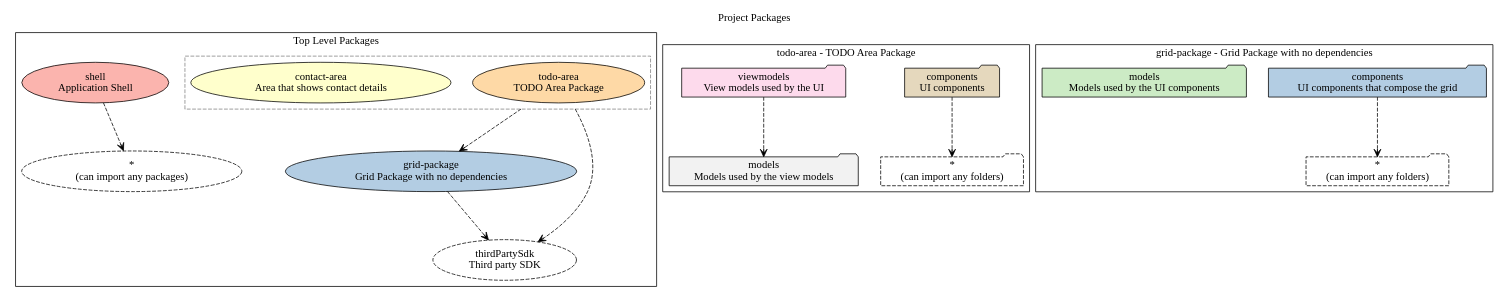
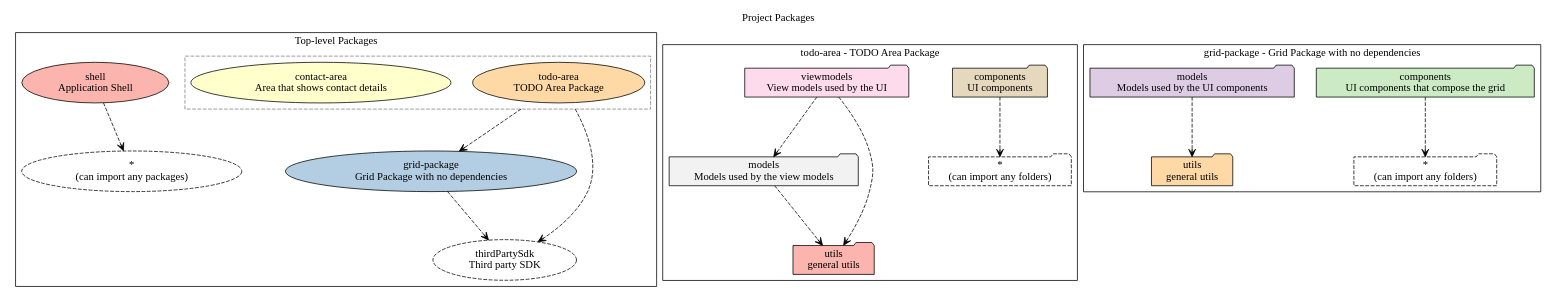
The diagram in testHarness/simple-typescript-project/test-data/known-good-output/generate_diagram_optimized/output.dot (mrseanryan/tslint-folders-diagrams), drawn with Graphviz before and after one commit. The commit also changed 7 other files, not shown here.

```diff
--- a/testHarness/simple-typescript-project/test-data/known-good-output/generate_diagram_optimized/output.dot
+++ b/testHarness/simple-typescript-project/test-data/known-good-output/generate_diagram_optimized/output.dot
@@ -1,158 +1,173 @@
 /* Header ================================= */
-/* auto-generated by tslint-folders-diagrams docs tool at January 12, 2020, 12:16 PM*/
+/* auto-generated by tslint-folders-diagrams docs tool at January 9, 2022, 1:40 PM*/
 digraph packages {
   /* Graph settings ================================= */
   graph [
     // needed to allow edge to have *cluster* as a destination:
     compound=true
     label = "Project Packages"
     labelloc = t
     
     //dpi = 200
     ranksep=0.65
     nodesep=0.40
     rankdir=TB
     
     style="filled"
     
     len=0
   ]
   
   /* Styling ================================= */
   graph [
     bgcolor="#FFFFFF"
     fillcolor="#FFFFFF"
   ]
   node [
     labeljust="l"
     colorscheme="pastel19"
     style=filled
     fillcolor=3
     shape=record
   ]
   
   edge [arrowhead="vee", arrowtail="vee", style=dashed, color="black"]
   
   /* Nodes and Clusters ================================= */
   subgraph cluster_C1 {
     labelloc = t
     
     node [shape="oval"]
-    label = "Top Level Packages"
+    label = "Top-level Packages"
     {
     P1 [label="shell
 Application Shell" fillcolor=1]
     }
     
     
     {
     P2 [label="grid-package
 Grid Package with no dependencies" fillcolor=2]
     }
     
     
     {
     node [style=dashed]
     P3 [label="thirdPartySdk
 Third party SDK" fillcolor=3]
     }
     
     
     {
     node [style=dashed]
     P4 [label="*
 (can import any packages)" fillcolor=4]
     }
     
     
     subgraph cluster_C2 {
       labelloc = t
       
       color = gray
       style=dashed
       label = ""
       {
       P5 [label="todo-area
 TODO Area Package" fillcolor=5]
       }
       
       
       {
       P6 [label="contact-area
 Area that shows contact details" fillcolor=6]
       }
       
       
     }
     
   }
   
   subgraph cluster_C3 {
     labelloc = t
     
     node [shape="folder"]
     label = "todo-area - TODO Area Package"
     {
     P7 [label="components
 UI components" fillcolor=7]
     }
     
     
     {
     P8 [label="viewmodels
 View models used by the UI" fillcolor=8]
     }
     
     
     {
     P9 [label="models
 Models used by the view models" fillcolor=9]
     }
     
     
     {
+    P10 [label="utils
+general utils" fillcolor=1]
+    }
+    
+    
+    {
     node [style=dashed]
-    P10 [label="*
-(can import any folders)" fillcolor=1]
+    P11 [label="*
+(can import any folders)" fillcolor=2]
     }
     
     
   }
   
   subgraph cluster_C4 {
     labelloc = t
     
     node [shape="folder"]
     label = "grid-package - Grid Package with no dependencies"
     {
-    P11 [label="components
-UI components that compose the grid" fillcolor=2]
+    P12 [label="components
+UI components that compose the grid" fillcolor=3]
     }
     
     
     {
-    P12 [label="models
-Models used by the UI components" fillcolor=3]
+    P13 [label="models
+Models used by the UI components" fillcolor=4]
+    }
+    
+    
+    {
+    P14 [label="utils
+general utils" fillcolor=5]
     }
     
     
     {
     node [style=dashed]
-    P13 [label="*
-(can import any folders)" fillcolor=4]
+    P15 [label="*
+(can import any folders)" fillcolor=6]
     }
     
     
   }
   
   
   /* Edges ================================= */
   P1-> P4 [label=" " ]
   P5-> P2 [label=" "  ltail=cluster_C2]
   P2-> P3 [label=" " ]
   P5-> P3 [label=" "  ltail=cluster_C2]
-  P7-> P10 [label=" " ]
+  P7-> P11 [label=" " ]
   P8-> P9 [label=" " ]
-  P11-> P13 [label=" " ]
+  P8-> P10 [label=" " ]
+  P9-> P10 [label=" " ]
+  P12-> P15 [label=" " ]
+  P13-> P14 [label=" " ]
   
 }
```
